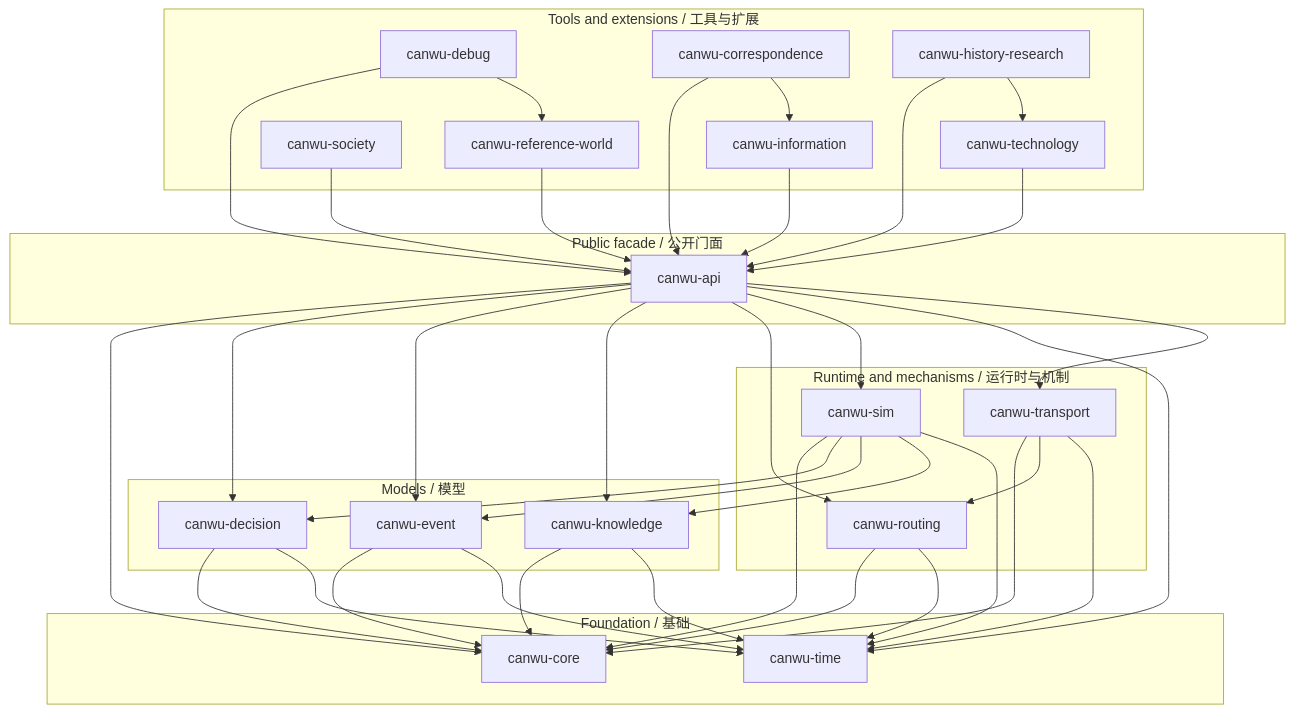
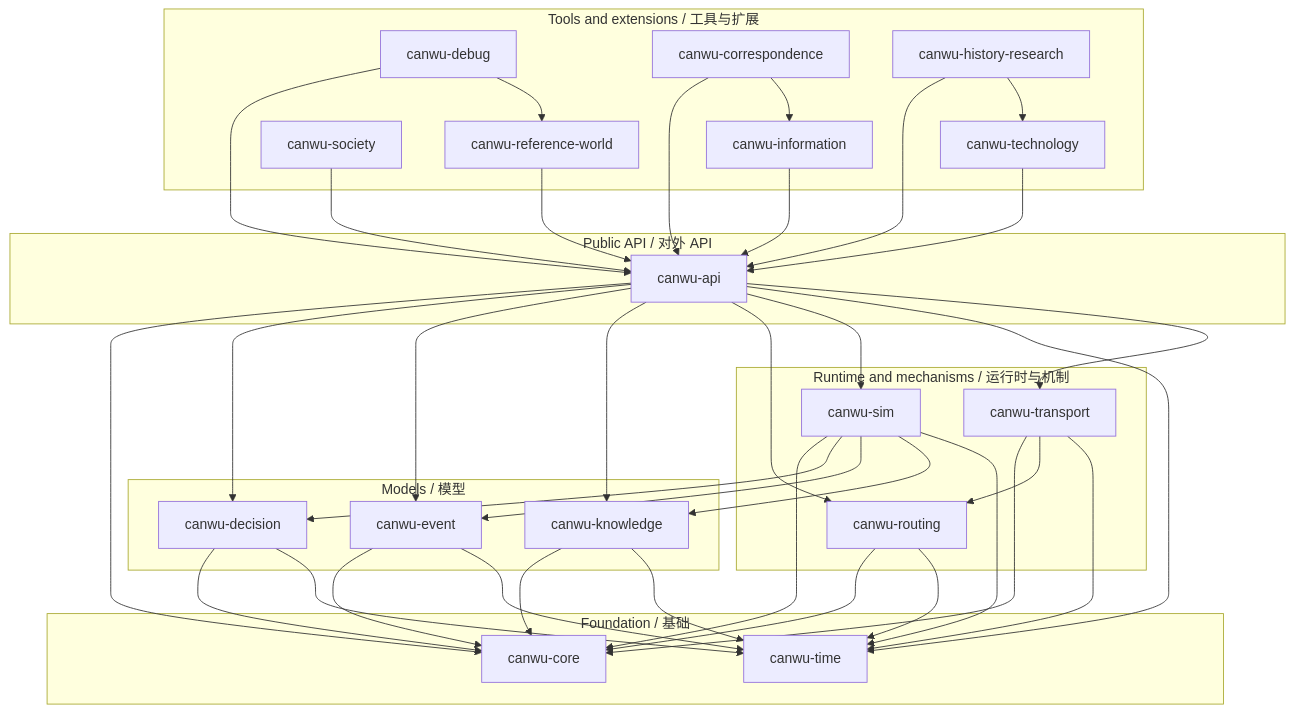
Before and after one commit to PeiyuanQi/canwu: the third of 6 diagrams in docs/architecture.md, drawn with Mermaid. The commit also changed other lines of this file and 55 other files, not shown here.

Commit message:
refactor: rename facade directory to api

````diff
--- a/docs/architecture.md
+++ b/docs/architecture.md
@@ -129,73 +129,73 @@
 ```mermaid
 flowchart TB
     subgraph ToolsExtensions["Tools and extensions / 工具与扩展"]
         Debug["canwu-debug"]
         Correspondence["canwu-correspondence"]
         Information["canwu-information"]
         Society["canwu-society"]
         Technology["canwu-technology"]
         History["canwu-history-research"]
         ReferenceWorld["canwu-reference-world"]
     end
 
-    subgraph Facade["Public facade / 公开门面"]
+    subgraph PublicApi["Public API / 对外 API"]
         Api["canwu-api"]
     end
 
     subgraph RuntimeMechanisms["Runtime and mechanisms / 运行时与机制"]
         Sim["canwu-sim"]
         Transport["canwu-transport"]
         Routing["canwu-routing"]
     end
 
     subgraph Models["Models / 模型"]
         Decision["canwu-decision"]
         Event["canwu-event"]
         Knowledge["canwu-knowledge"]
     end
 
     subgraph Foundation["Foundation / 基础"]
         Core["canwu-core"]
         Time["canwu-time"]
     end
 
     Debug --> Api
     Correspondence --> Api
     Correspondence --> Information
     Information --> Api
     Society --> Api
     Technology --> Api
     History --> Api
     History --> Technology
 
     Api --> Core
     Api --> Decision
     Api --> Event
     Api --> Knowledge
     Api --> Routing
     Api --> Sim
     Api --> Time
     Api --> Transport
     ReferenceWorld --> Api
     Debug --> ReferenceWorld
 
     Sim --> Core
     Sim --> Decision
     Sim --> Event
     Sim --> Knowledge
     Sim --> Time
 
     Transport --> Core
     Transport --> Routing
     Transport --> Time
 
     Routing --> Core
     Routing --> Time
 
     Decision --> Core
     Decision --> Time
     Event --> Core
     Event --> Time
     Knowledge --> Core
     Knowledge --> Time
 ```
````
